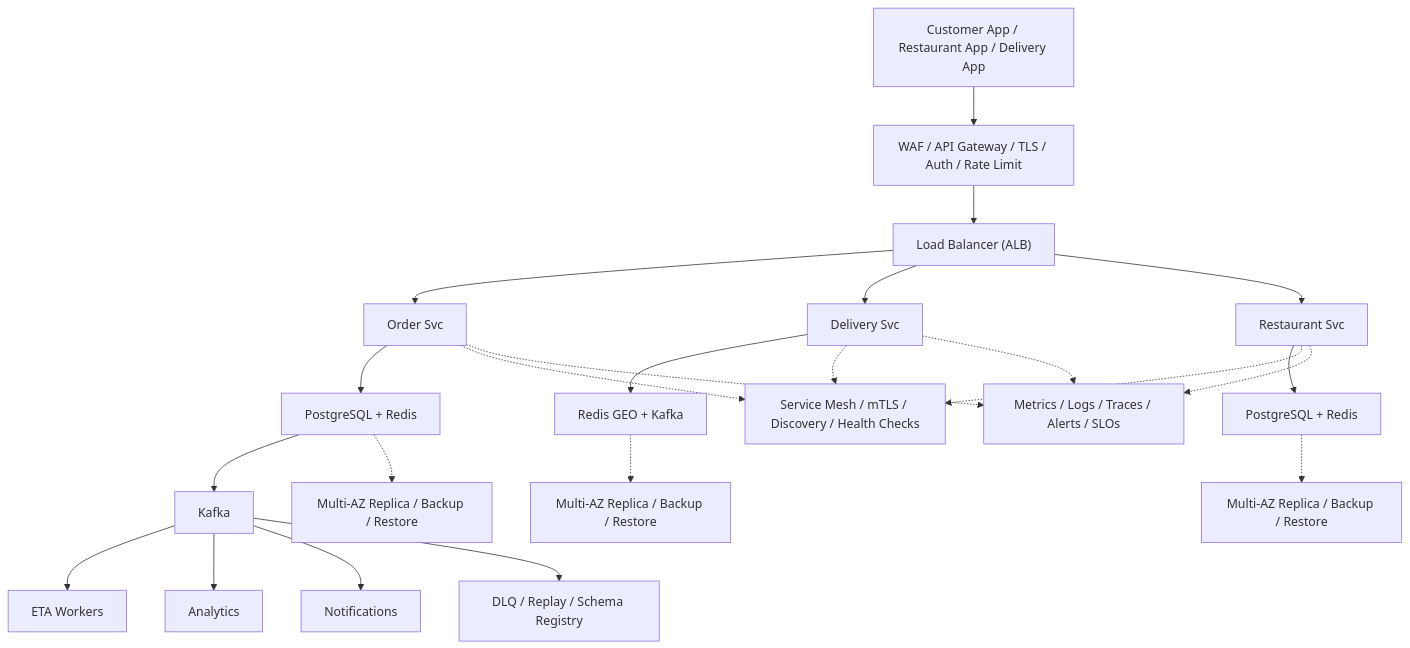
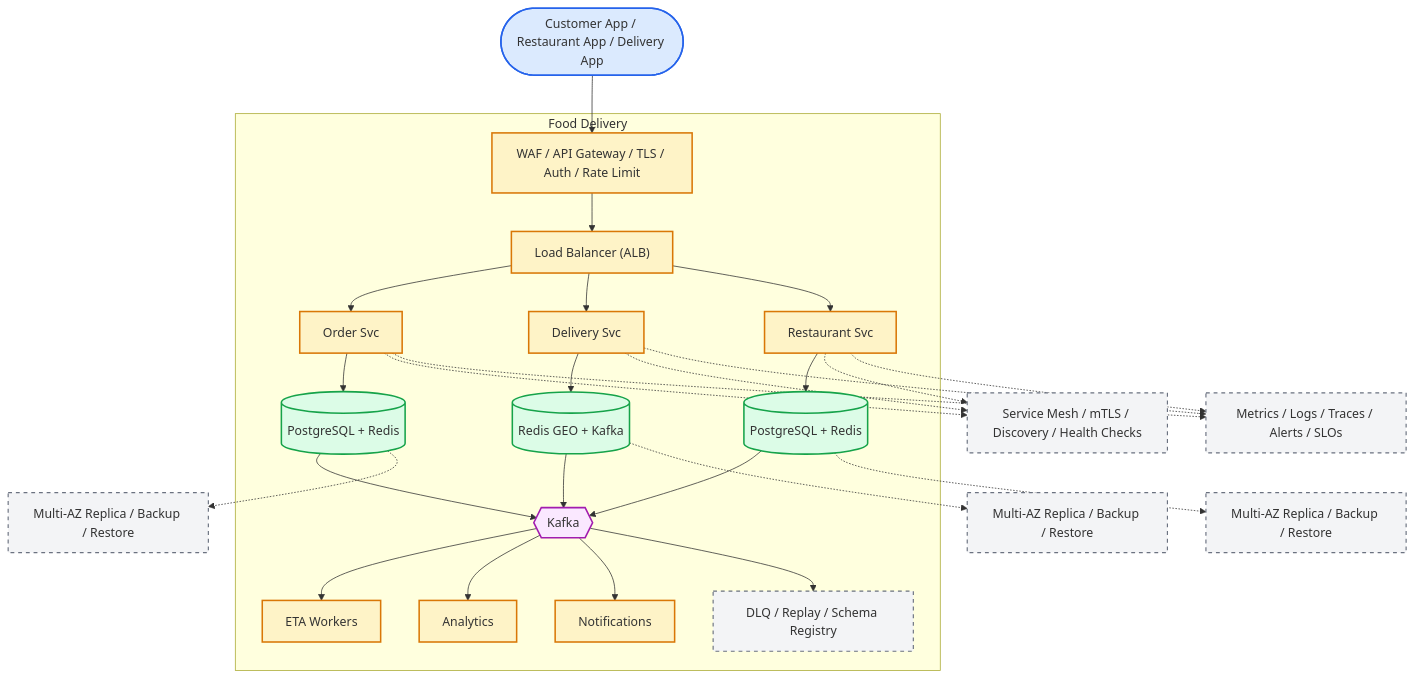
The diagram in system-design-food-delivery.md (aishwary11/system-design), drawn with Mermaid before and after one commit. The commit also changed other lines of this file and 36 other files, not shown here.

First line of the commit message:
Standardize all diagrams on C4-style Mermaid template

````diff
--- a/system-design-food-delivery.md
+++ b/system-design-food-delivery.md
@@ -40,25 +40,65 @@
 ```mermaid
 flowchart TB
-    clients["Customer App / Restaurant App / Delivery App"] --> edge["WAF / API Gateway / TLS / Auth / Rate Limit"]
-    edge --> lb["Load Balancer (ALB)"]
-    lb --> svc0["Order Svc"]
-    lb --> svc1["Delivery Svc"]
-    lb --> svc2["Restaurant Svc"]
-    svc0 --> store0["PostgreSQL + Redis"]
-    svc1 --> store1["Redis GEO + Kafka"]
-    svc2 --> store2["PostgreSQL + Redis"]
-    store0 --> stream["Kafka"]
-    stream --> worker0["ETA Workers"]
-    stream --> worker1["Analytics"]
-    stream --> worker2["Notifications"]
-    svc0 -.-> platform["Service Mesh / mTLS / Discovery / Health Checks"]
-    svc1 -.-> platform
-    svc2 -.-> platform
-    store0 -.-> backup0["Multi-AZ Replica / Backup / Restore"]
-    store1 -.-> backup1["Multi-AZ Replica / Backup / Restore"]
-    store2 -.-> backup2["Multi-AZ Replica / Backup / Restore"]
-    stream --> dlq["DLQ / Replay / Schema Registry"]
-    svc0 -.-> ops["Metrics / Logs / Traces / Alerts / SLOs"]
+    %% Actors (people)
+    clients(["Customer App / Restaurant App / Delivery App"])
+
+    %% System boundary - containers owned by the platform
+    subgraph platform["Food Delivery"]
+        edge["WAF / API Gateway / TLS / Auth / Rate Limit"]
+        lb["Load Balancer (ALB)"]
+        svc0["Order Svc"]
+        svc1["Delivery Svc"]
+        svc2["Restaurant Svc"]
+        store0[("PostgreSQL + Redis")]
+        store1[("Redis GEO + Kafka")]
+        store2[("PostgreSQL + Redis")]
+        stream{{"Kafka"}}
+        worker0["ETA Workers"]
+        worker1["Analytics"]
+        worker2["Notifications"]
+        dlq["DLQ / Replay / Schema Registry"]
+    end
+
+    %% Cross-cutting control plane (dashed edges)
+    mesh["Service Mesh / mTLS / Discovery / Health Checks"]
+    ops["Metrics / Logs / Traces / Alerts / SLOs"]
+    backup0["Multi-AZ Replica / Backup / Restore"]
+    backup1["Multi-AZ Replica / Backup / Restore"]
+    backup2["Multi-AZ Replica / Backup / Restore"]
+
+    clients --> edge
+    edge --> lb
+    lb --> svc0
+    lb --> svc1
+    lb --> svc2
+    svc0 --> store0
+    svc1 --> store1
+    svc2 --> store2
+    store0 --> stream
+    store1 --> stream
+    store2 --> stream
+    stream --> worker0
+    stream --> worker1
+    stream --> worker2
+    stream --> dlq
+    svc0 -.-> mesh
+    svc1 -.-> mesh
+    svc2 -.-> mesh
+    svc0 -.-> ops
     svc1 -.-> ops
     svc2 -.-> ops
+    store0 -.-> backup0
+    store1 -.-> backup1
+    store2 -.-> backup2
+
+    classDef actor fill:#dbeafe,stroke:#2563eb,stroke-width:2px
+    classDef service fill:#fef3c7,stroke:#d97706,stroke-width:2px
+    classDef store fill:#dcfce7,stroke:#16a34a,stroke-width:2px
+    classDef broker fill:#fae8ff,stroke:#a21caf,stroke-width:2px
+    classDef control fill:#f3f4f6,stroke:#6b7280,stroke-width:1.5px,stroke-dasharray:5 5
+    class clients actor
+    class edge,lb,svc0,svc1,svc2,worker0,worker1,worker2 service
+    class store0,store1,store2 store
+    class stream broker
+    class dlq,mesh,ops,backup0,backup1,backup2 control
 ```
````
